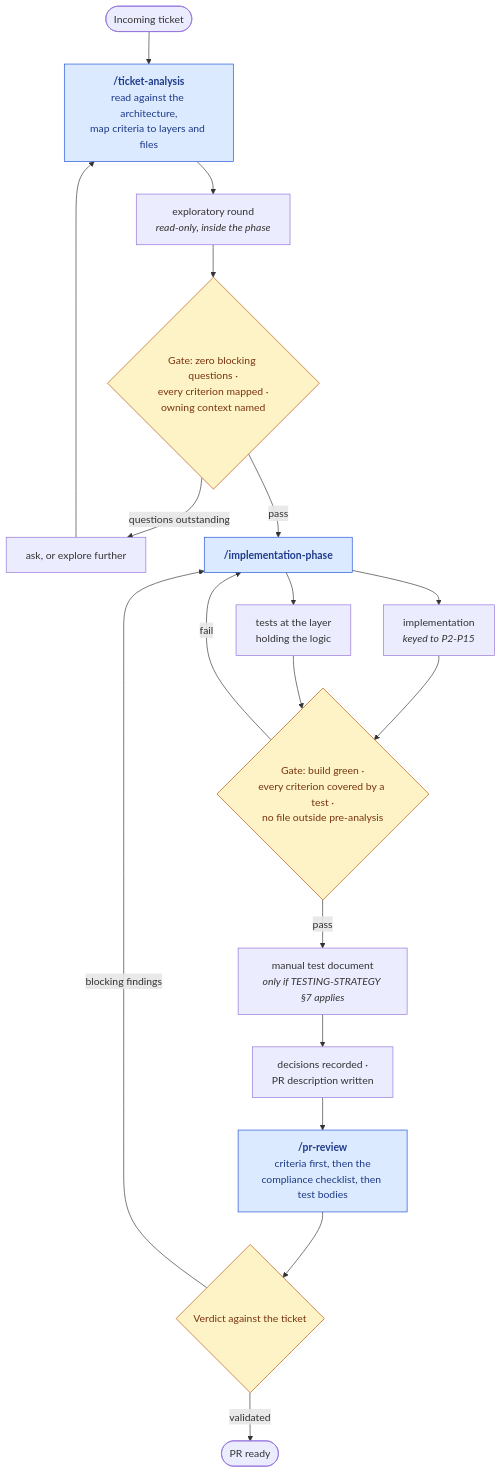
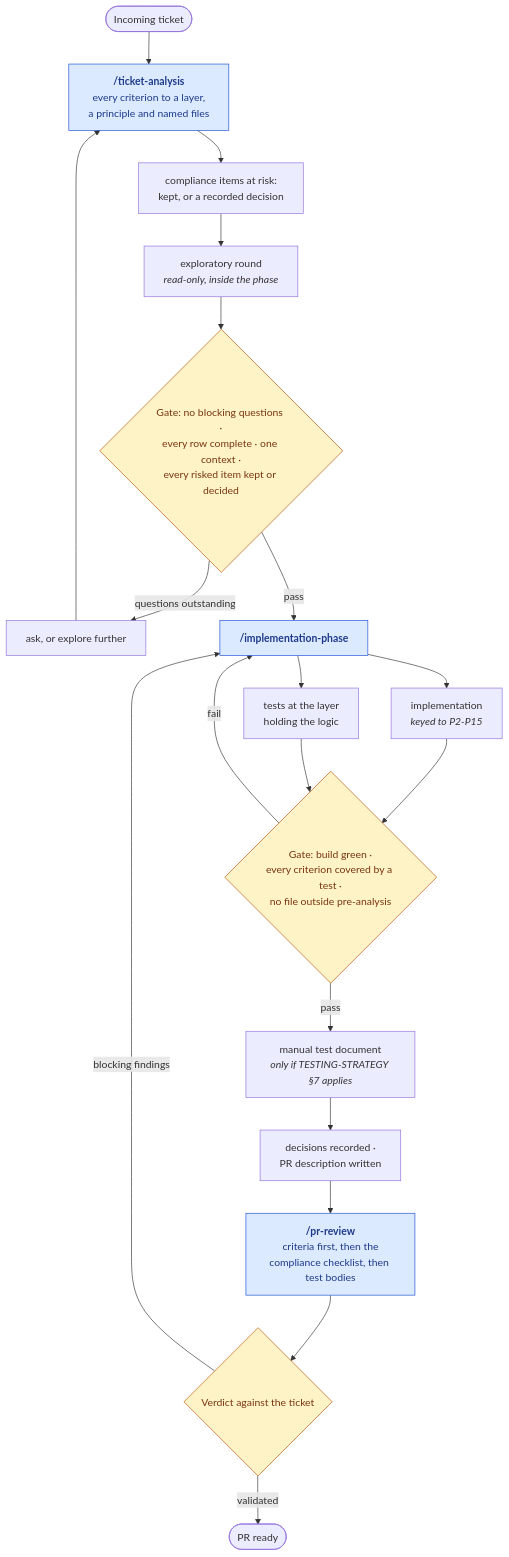
Before and after one commit to konradcinkusz/architecture-standards: the diagram in docs/delivery/WORKFLOW.md, drawn with Mermaid. The commit also changed other lines of this file and 8 other files, not shown here.

````diff
--- a/docs/delivery/WORKFLOW.md
+++ b/docs/delivery/WORKFLOW.md
@@ -28,29 +36,30 @@
 ```mermaid
 flowchart TD
-    A([Incoming ticket]) --> B["<b>/ticket-analysis</b><br/>read against the architecture,<br/>map criteria to layers and files"]
-    B --> C["exploratory round<br/><i>read-only, inside the phase</i>"]
-    C --> D{"Gate: zero blocking questions ·<br/>every criterion mapped ·<br/>owning context named"}
+    A([Incoming ticket]) --> B["<b>/ticket-analysis</b><br/>every criterion to a layer,<br/>a principle and named files"]
+    B --> B2["compliance items at risk:<br/>kept, or a recorded decision"]
+    B2 --> C["exploratory round<br/><i>read-only, inside the phase</i>"]
+    C --> D{"Gate: no blocking questions ·<br/>every row complete · one context ·<br/>every risked item kept or decided"}
 
     D -- "questions outstanding" --> E["ask, or explore further"]
     E --> B
 
     D -- pass --> F["<b>/implementation-phase</b>"]
     F --> G1["implementation<br/><i>keyed to P2-P15</i>"]
     F --> G2["tests at the layer<br/>holding the logic"]
     G1 --> H{"Gate: build green ·<br/>every criterion covered by a test ·<br/>no file outside pre-analysis"}
     G2 --> H
 
     H -- fail --> F
     H -- pass --> I["manual test document<br/><i>only if TESTING-STRATEGY §7 applies</i>"]
     I --> J["decisions recorded ·<br/>PR description written"]
     J --> K["<b>/pr-review</b><br/>criteria first, then the<br/>compliance checklist, then test bodies"]
     K --> L{"Verdict against the ticket"}
 
     L -- "blocking findings" --> F
     L -- validated --> M([PR ready])
 
     classDef skill fill:#dbeafe,stroke:#1d4ed8,color:#1e3a8a
     classDef gate fill:#fef3c7,stroke:#b45309,color:#78350f
     class B,F,K skill
     class D,H,L gate
 ```
````
